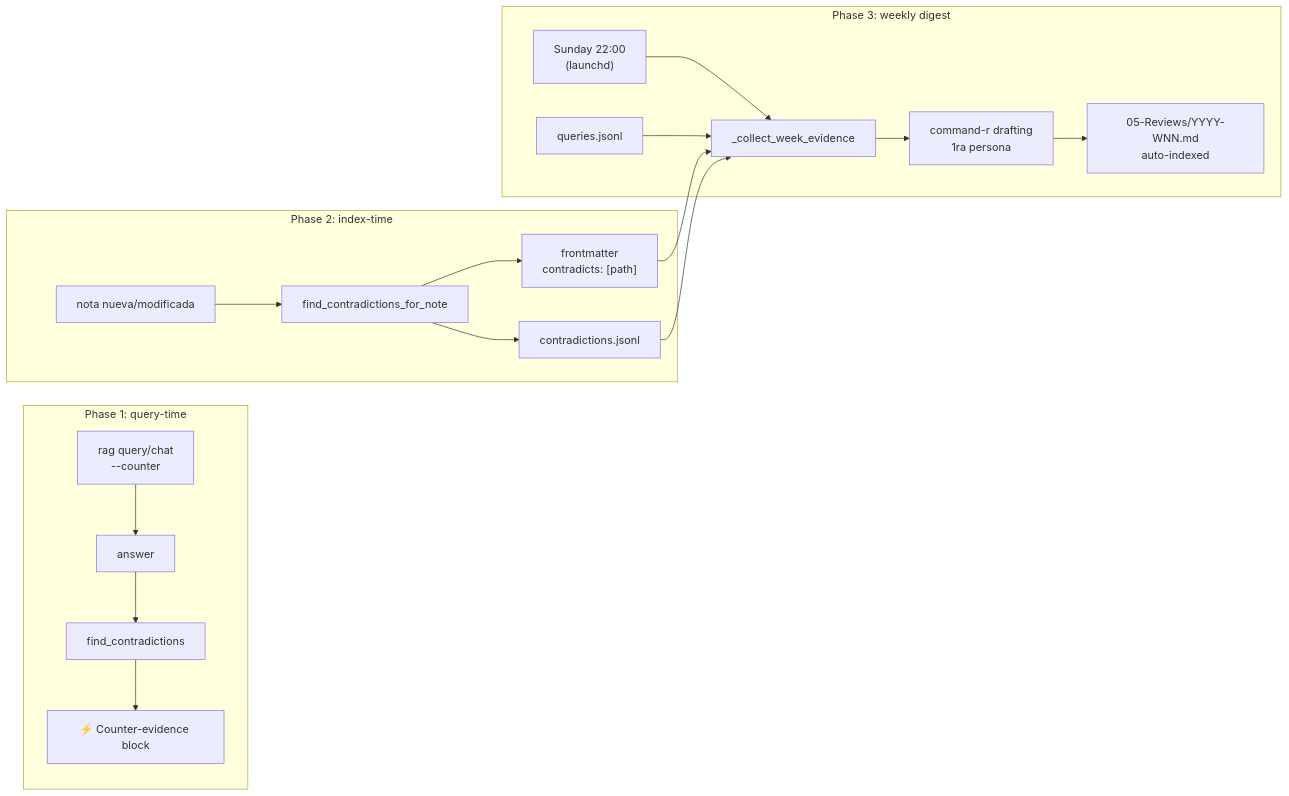
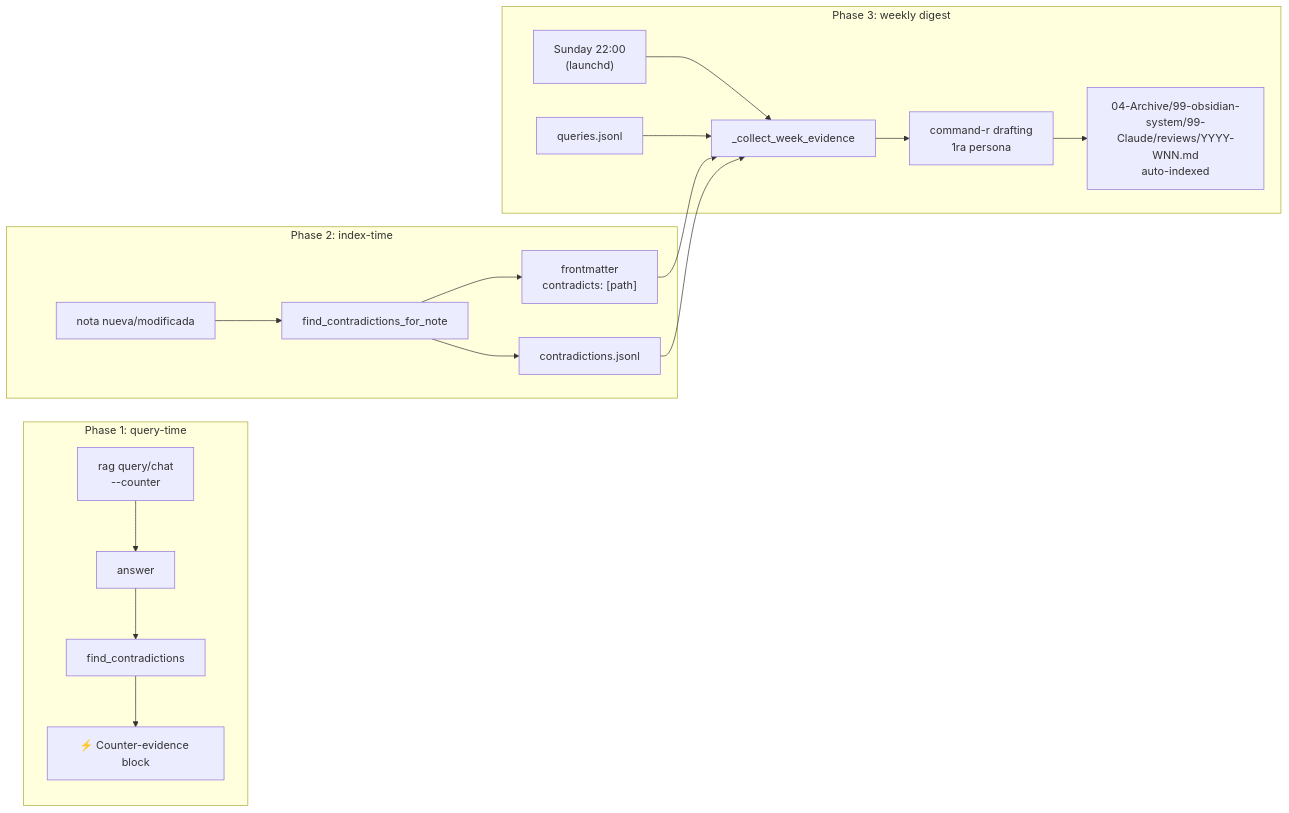
Before and after one commit to jagoff/rag-obsidian: the fourth of 5 diagrams in README.md, drawn with Mermaid. The commit also changed other lines of this file and 29 other files, not shown here.

````diff
--- a/README.md
+++ b/README.md
@@ -252,21 +252,21 @@
 ```mermaid
 flowchart LR
     subgraph P1[Phase 1: query-time]
         Q[rag query/chat<br/>--counter] --> A[answer]
         A --> Find1[find_contradictions]
         Find1 --> Render[⚡ Counter-evidence block]
     end
     subgraph P2[Phase 2: index-time]
         Edit[nota nueva/modificada] --> Find2[find_contradictions_for_note]
         Find2 --> FM["frontmatter<br/>contradicts: [path]"]
         Find2 --> JSONL[contradictions.jsonl]
     end
     subgraph P3[Phase 3: weekly digest]
         Cron["Sunday 22:00<br/>(launchd)"] --> Collect[_collect_week_evidence]
         FM --> Collect
         JSONL --> Collect
         QLogD[queries.jsonl] --> Collect
         Collect --> Draft[command-r drafting<br/>1ra persona]
-        Draft --> Note[05-Reviews/YYYY-WNN.md<br/>auto-indexed]
+        Draft --> Note[04-Archive/99-obsidian-system/99-Claude/reviews/YYYY-WNN.md<br/>auto-indexed]
     end
 ```
````
